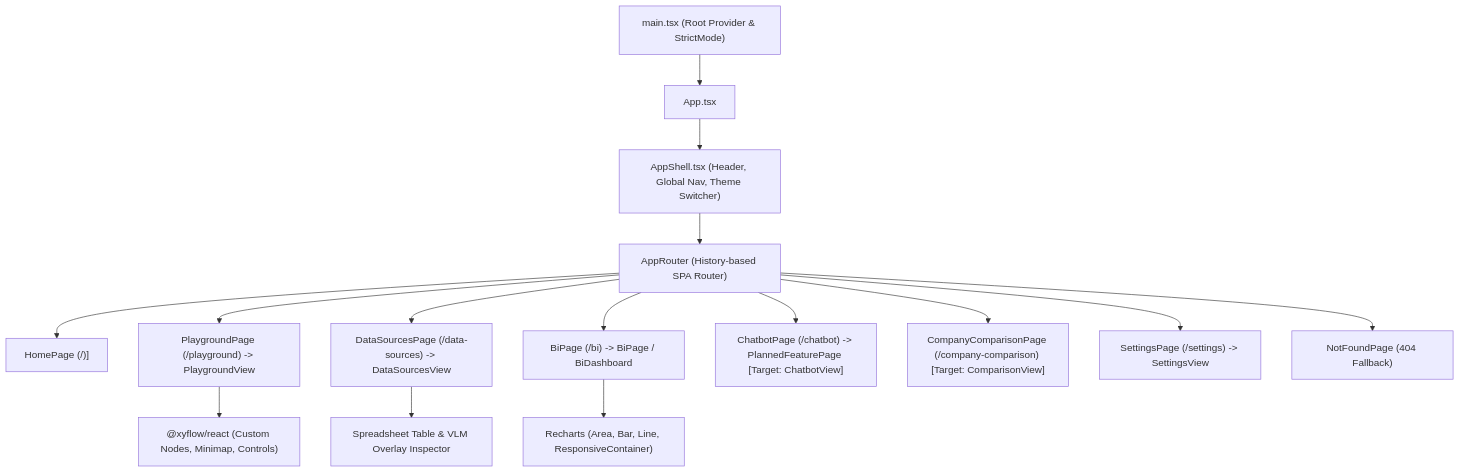
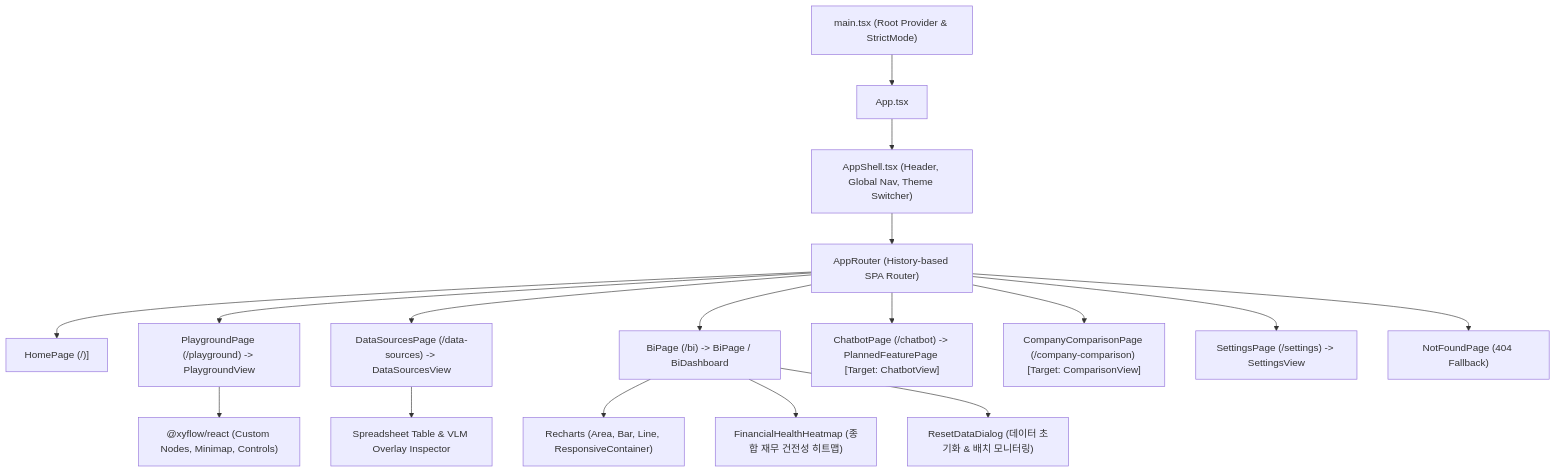
One commit to bist-mini-final/bist-mini-final changed the diagram in docs/06_frontend_blueprints/BP-601_frontend_component_wiring.md. Above: the diagram before and after it, drawn with Mermaid. The commit also changed 2 other files, not shown here.

Commit message:
docs: synchronize BI recalculation, reset controls, and health heatmap across BP-403, BP-501, and BP-601 following dev merge

````diff
--- a/docs/06_frontend_blueprints/BP-601_frontend_component_wiring.md
+++ b/docs/06_frontend_blueprints/BP-601_frontend_component_wiring.md
@@ -11,20 +11,22 @@
 ```mermaid
 graph TD
     ROOT["main.tsx (Root Provider & StrictMode)"] --> APP["App.tsx"]
     APP --> SHELL["AppShell.tsx (Header, Global Nav, Theme Switcher)"]
     
     SHELL --> ROUTER["AppRouter (History-based SPA Router)"]
     
     ROUTER --> P_HOME["HomePage (/)]"]
     ROUTER --> P_PLAY["PlaygroundPage (/playground) -> PlaygroundView"]
     ROUTER --> P_DS["DataSourcesPage (/data-sources) -> DataSourcesView"]
     ROUTER --> P_BI["BiPage (/bi) -> BiPage / BiDashboard"]
     ROUTER --> P_CHAT["ChatbotPage (/chatbot) -> PlannedFeaturePage [Target: ChatbotView]"]
     ROUTER --> P_COMP["CompanyComparisonPage (/company-comparison) [Target: ComparisonView]"]
     ROUTER --> P_SET["SettingsPage (/settings) -> SettingsView"]
     ROUTER --> P_404["NotFoundPage (404 Fallback)"]
 
     P_PLAY --> XYFLOW["@xyflow/react (Custom Nodes, Minimap, Controls)"]
     P_DS --> GRID_VIEW["Spreadsheet Table & VLM Overlay Inspector"]
     P_BI --> RECHARTS["Recharts (Area, Bar, Line, ResponsiveContainer)"]
+    P_BI --> HEATMAP["FinancialHealthHeatmap (종합 재무 건전성 히트맵)"]
+    P_BI --> RESET_DLG["ResetDataDialog (데이터 초기화 & 배치 모니터링)"]
 ```
````
